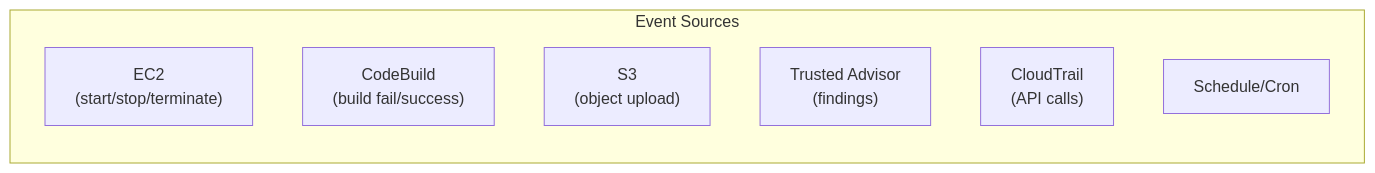
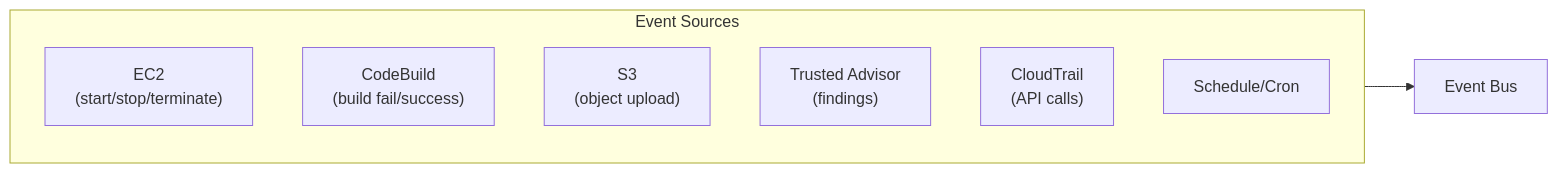
Before and after one commit to Root-Shells/aws_scs_udemy: the first of 2 diagrams in domain_1_detection/eventbridge.md, drawn with Mermaid. The commit also changed other lines of this file and 3 other files, not shown here.

Commit message:
fixed mermaids

````diff
--- a/domain_1_detection/eventbridge.md
+++ b/domain_1_detection/eventbridge.md
@@ -8,11 +8,13 @@
 ```mermaid
 flowchart LR
     subgraph Sources ["Event Sources"]
         EC2["EC2<br>(start/stop/terminate)"]
         CB["CodeBuild<br>(build fail/success)"]
         S3["S3<br>(object upload)"]
         TA["Trusted Advisor<br>(findings)"]
         CT["CloudTrail<br>(API calls)"]
         Schedule["Schedule/Cron"]
     end
+    
+    Sources --> EB["Event Bus"]
 ```
````
